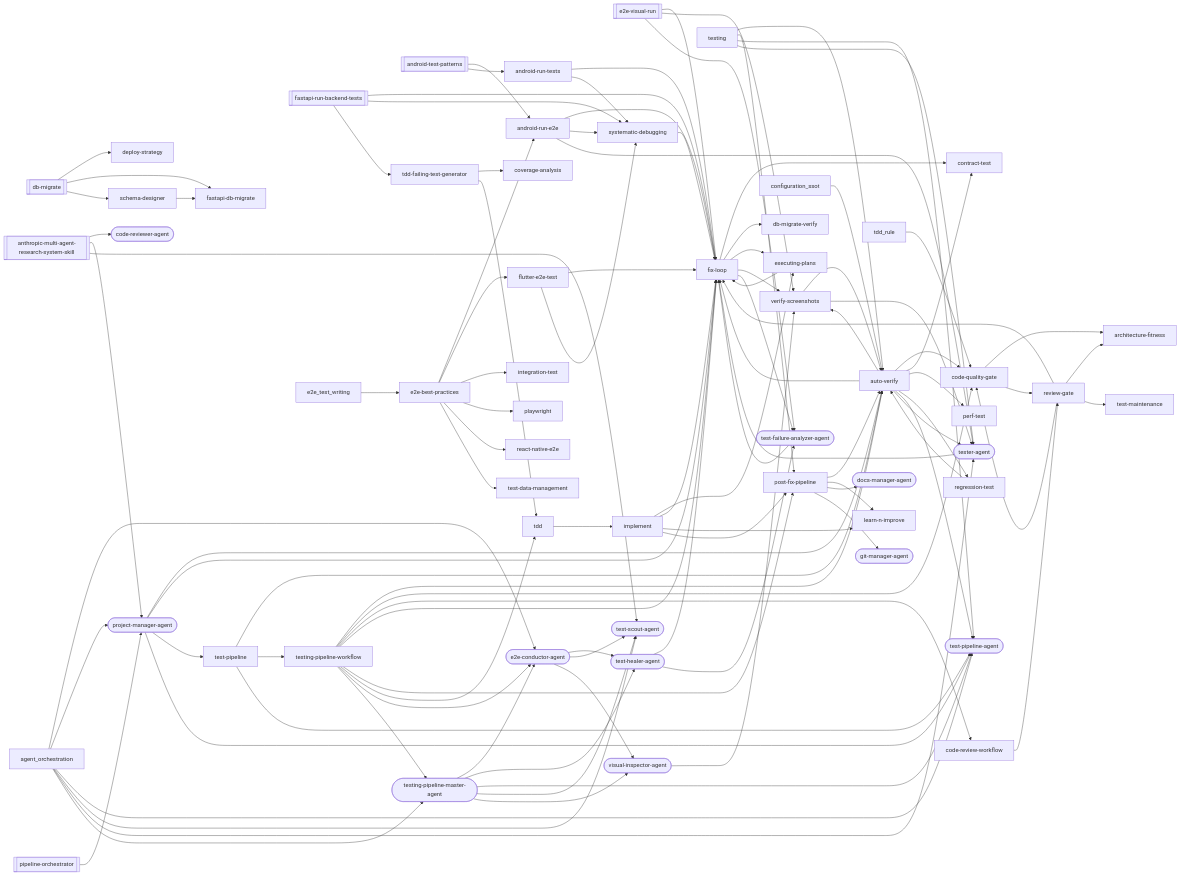
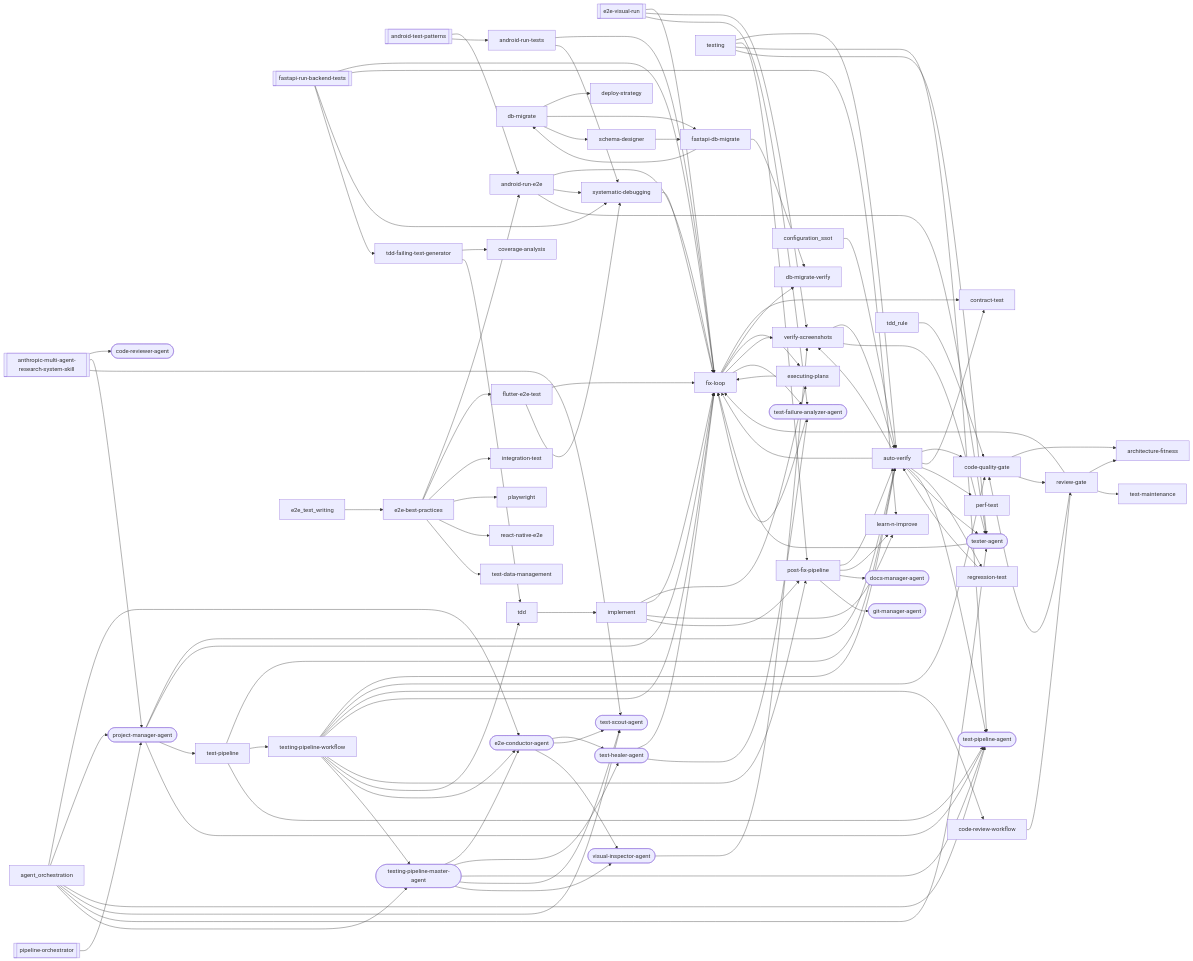
One commit to abhayla/claude-best-practices changed the second of 48 diagrams in docs/workflows/testing-pipeline.md. Above: the diagram before and after it, drawn with Mermaid. The commit also changed other lines of this file and 12 other files, not shown here.

```diff
--- a/docs/workflows/testing-pipeline.md
+++ b/docs/workflows/testing-pipeline.md
@@ -241,7 +244,6 @@
 graph LR
     android_test_patterns[["android-test-patterns"]]
     anthropic_multi_agent_research_system_skill[["anthropic-multi-agent-research-system-skill"]]
-    db_migrate[["db-migrate"]]
     e2e_visual_run[["e2e-visual-run"]]
     fastapi_run_backend_tests[["fastapi-run-backend-tests"]]
     pipeline_orchestrator[["pipeline-orchestrator"]]
@@ -254,6 +256,7 @@
     code_reviewer_agent(["code-reviewer-agent"])
     contract_test["contract-test"]
     coverage_analysis["coverage-analysis"]
+    db_migrate["db-migrate"]
     db_migrate_verify["db-migrate-verify"]
     deploy_strategy["deploy-strategy"]
     docs_manager_agent(["docs-manager-agent"])
@@ -324,7 +327,10 @@
     e2e_visual_run --> verify_screenshots
     e2e_visual_run --> test_failure_analyzer_agent
     executing_plans --> fix_loop
+    fastapi_db_migrate --> db_migrate
+    fastapi_db_migrate --> db_migrate_verify
     fastapi_run_backend_tests --> fix_loop
+    fastapi_run_backend_tests --> learn_n_improve
     fastapi_run_backend_tests --> systematic_debugging
     fastapi_run_backend_tests --> tdd_failing_test_generator
     fix_loop --> contract_test
```
